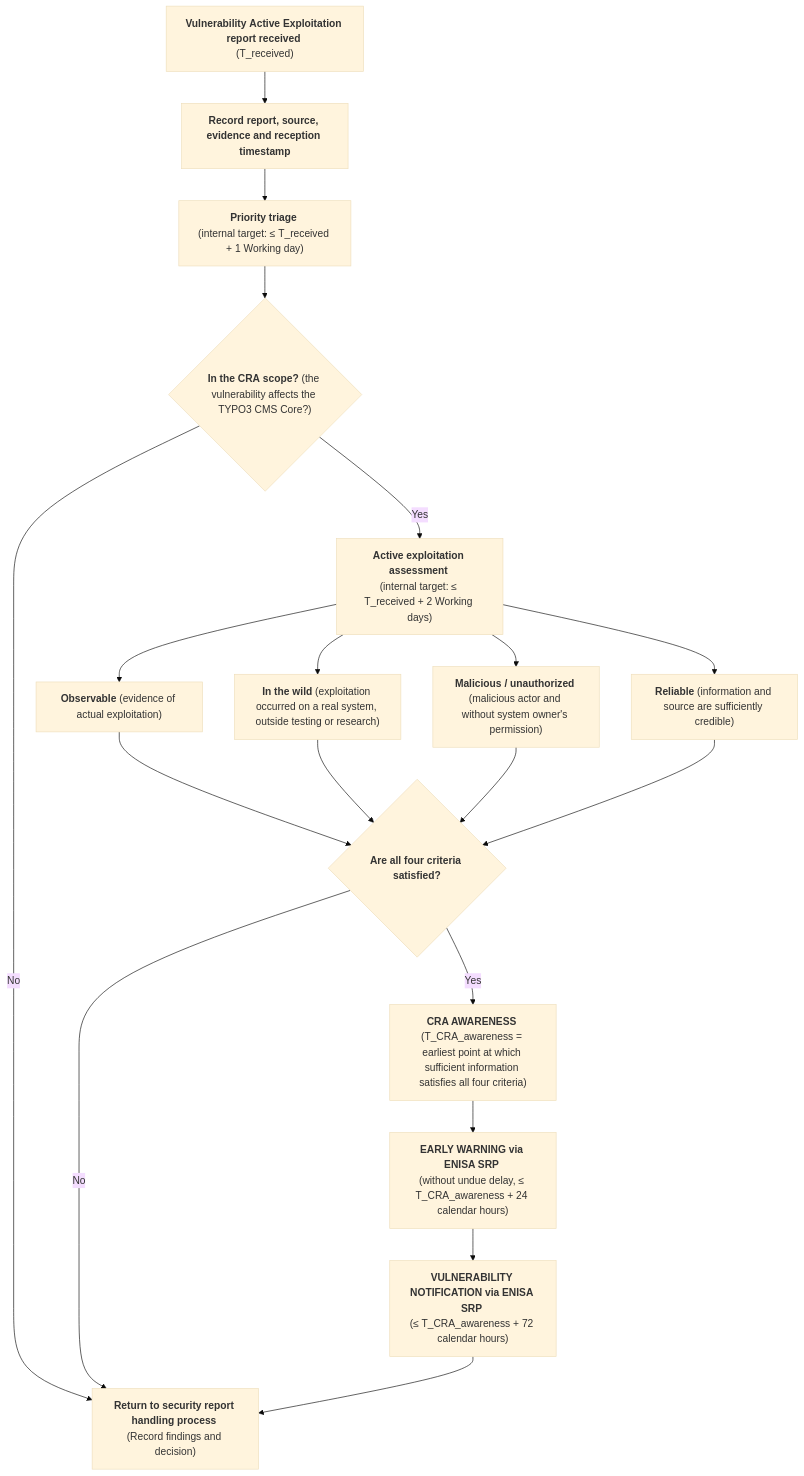
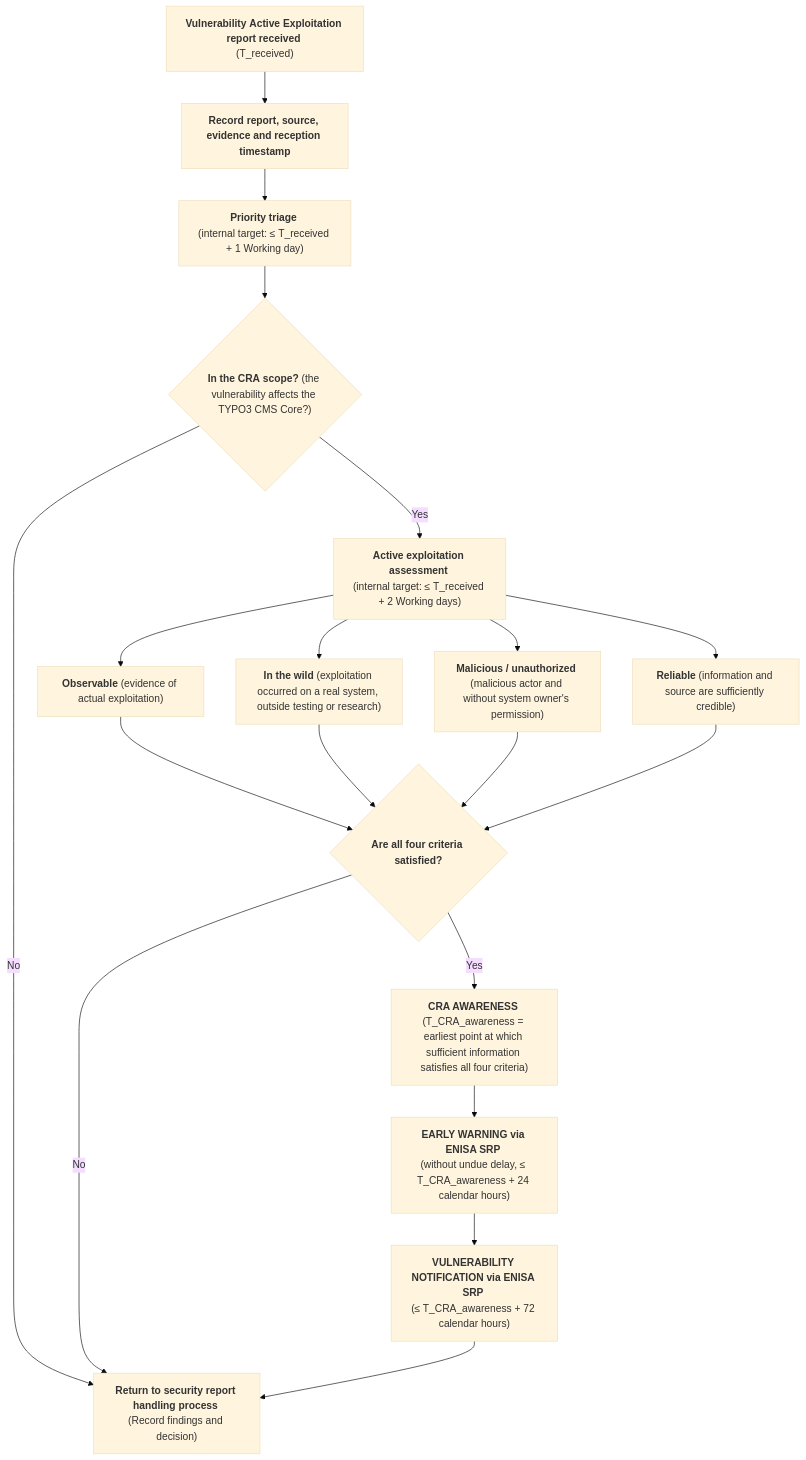
One commit to rfoucard/cra-fast-track changed the diagram in templates/actively-exploited-vulnerability-process.md. Above: the diagram before and after it, drawn with Mermaid (base theme).

````diff
--- a/templates/actively-exploited-vulnerability-process.md
+++ b/templates/actively-exploited-vulnerability-process.md
@@ -15,32 +15,32 @@
 ```mermaid
 flowchart TD
 
     A["<strong>Vulnerability&nbsp;Active&nbsp;Exploitation report received</strong> \n(T_received)"] --> B["<strong>Record&nbsp;report,&nbsp;source, evidence and reception timestamp</strong>"]
 
     B --> C["<strong>Priority triage</strong> \n(internal&nbsp;target:&nbsp;≤&nbsp;T_received + 1 Working day)"]
 
     C --> D{"<strong>In&nbsp;the&nbsp;CRA&nbsp;scope?</strong> (the vulnerability affects the TYPO3 CMS Core?)"}
 
     D -- "No" --> X["<strong>Return to security report handling process</strong> \n(Record findings and decision)"]
 
-    D -- "Yes" --> E["<strong>Active exploitation assessment</strong> \n(internal target: ≤ T_received + 2 Working days)"]
+    D -- "Yes" --> E["<strong>Active exploitation assessment</strong> \n(internal&nbsp;target:&nbsp;≤&nbsp;T_received + 2 Working days)"]
 
     E --> F["<strong>Observable</strong> (evidence of actual exploitation)"]
     E --> G["<strong>In the wild</strong> (exploitation occurred on a real system, outside testing or research)"]
     E --> H["<strong>Malicious / unauthorized</strong> (malicious actor and without system owner's permission)"]
     E --> I["<strong>Reliable</strong> (information and source are sufficiently credible)"]
 
     F --> J{"<strong>Are all four criteria satisfied?</strong>"}
     G --> J
     H --> J
     I --> J
 
     J -- "No" --> X
     J -- "Yes" --> L["<strong>CRA AWARENESS</strong> \n(T_CRA_awareness = earliest point at which sufficient information satisfies all four criteria)"]
 
     L --> M["<strong>EARLY WARNING via ENISA SRP</strong> \n(without undue delay, ≤ T_CRA_awareness + 24 calendar hours)"]
 
     M --> N["<strong>VULNERABILITY NOTIFICATION via ENISA SRP</strong> \n(≤ T_CRA_awareness + 72 calendar hours)"]
 
     N --> X
 ```
````
